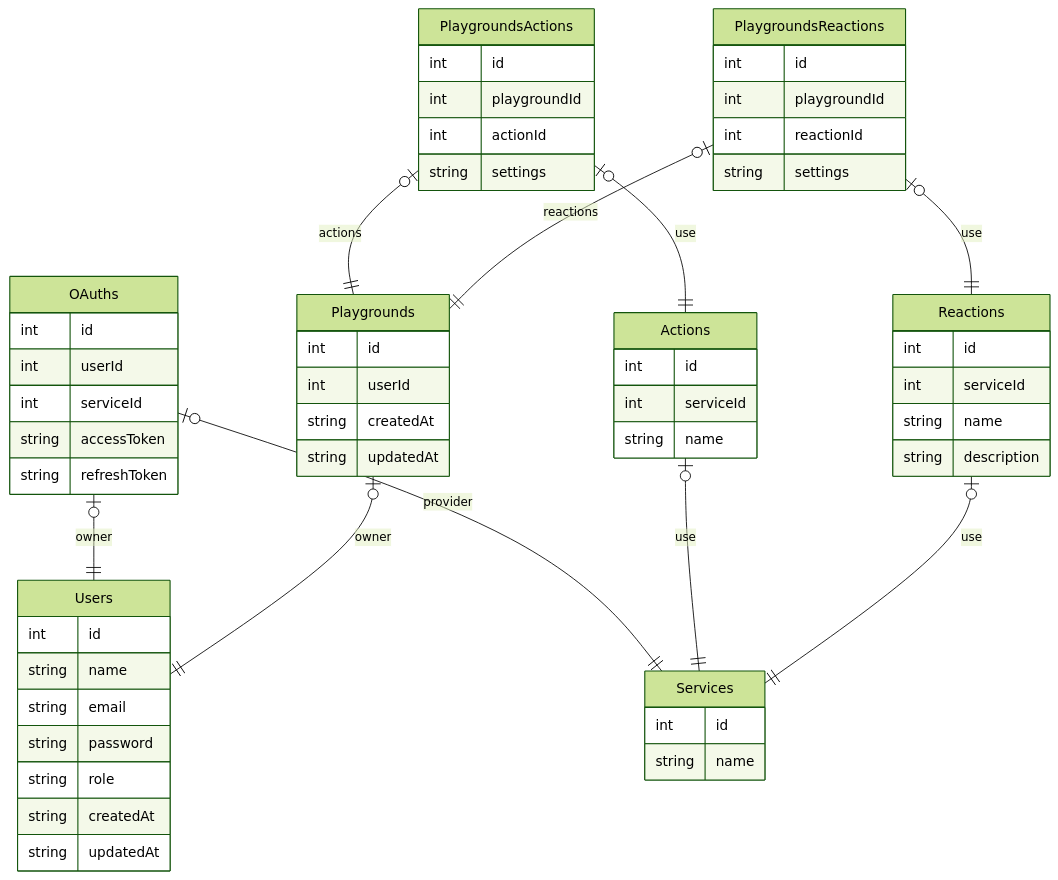
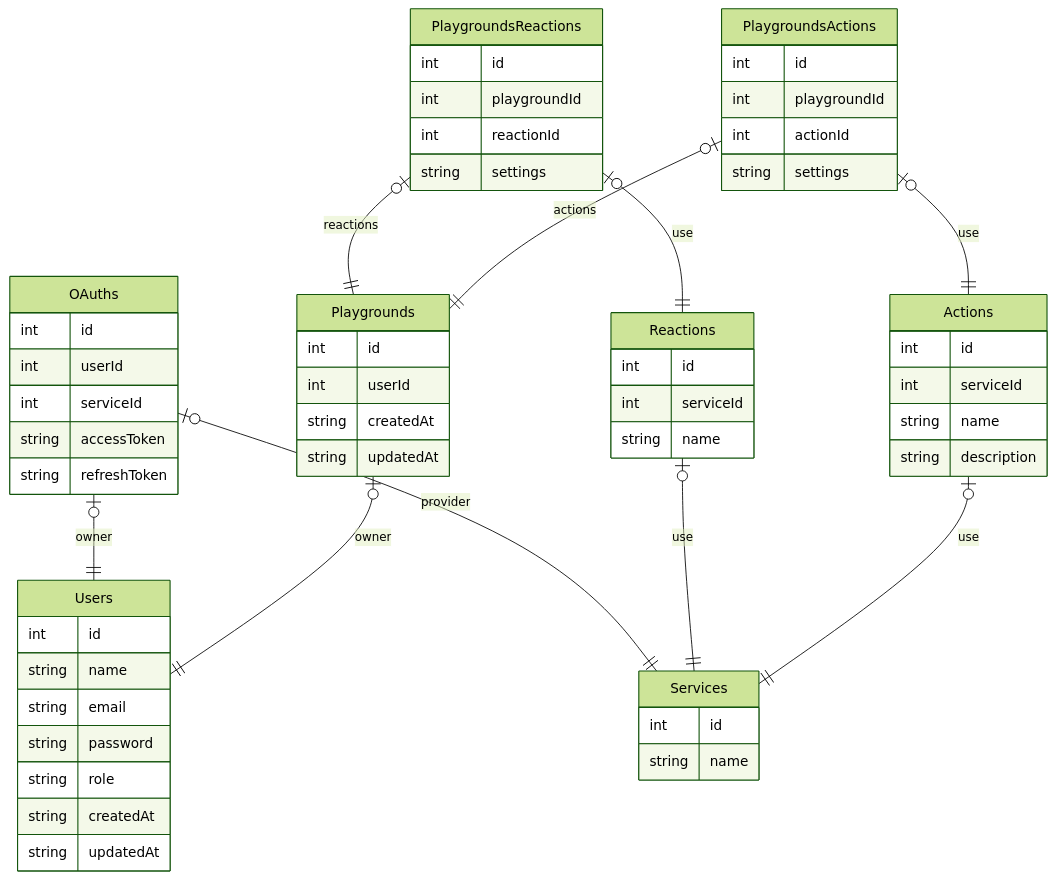
One commit to TriggerMeNot/app changed the diagram in README.md. Above: the diagram before and after it, drawn with Mermaid (forest theme). The commit also changed other lines of this file and 20 other files, not shown here.

````diff
--- a/README.md
+++ b/README.md
@@ -137,69 +137,69 @@
 ```mermaid
 erDiagram
 
 Users {
     int id
     string name
     string email
     string password
     string role
     string createdAt
     string updatedAt
 }
 
 Services {
     int id
     string name
 }
 
 OAuths {
     int id
     int userId
     int serviceId
     string accessToken
     string refreshToken
 }
 OAuths |o--|| Users : owner
 OAuths |o--|| Services : provider
 
-Actions {
+Reactions {
     int id
     int serviceId
     string name
 }
-Actions |o--|| Services : use
+Reactions |o--|| Services : use
 
-Reactions {
+Actions {
     int id
     int serviceId
     string name
     string description
 }
-Reactions |o--|| Services : use
+Actions |o--|| Services : use
 
 Playgrounds {
     int id
     int userId
     string createdAt
     string updatedAt
 }
 Playgrounds |o--|| Users : owner
 
+PlaygroundsReactions {
+    int id
+    int playgroundId
+    int reactionId
+    string settings
+}
+PlaygroundsReactions |o--|| Playgrounds : reactions
+PlaygroundsReactions |o--|| Reactions : use
+
 PlaygroundsActions {
     int id
     int playgroundId
     int actionId
     string settings
 }
 PlaygroundsActions |o--|| Playgrounds : actions
 PlaygroundsActions |o--|| Actions : use
-
-PlaygroundsReactions {
-    int id
-    int playgroundId
-    int reactionId
-    string settings
-}
-PlaygroundsReactions |o--|| Playgrounds : reactions
-PlaygroundsReactions |o--|| Reactions : use
 ```
````
